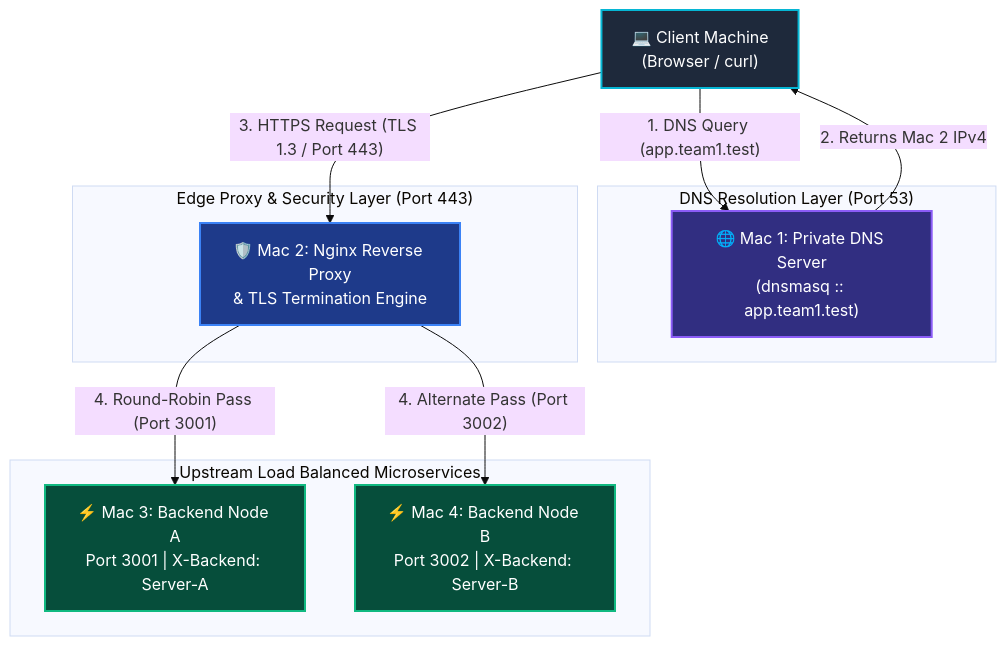
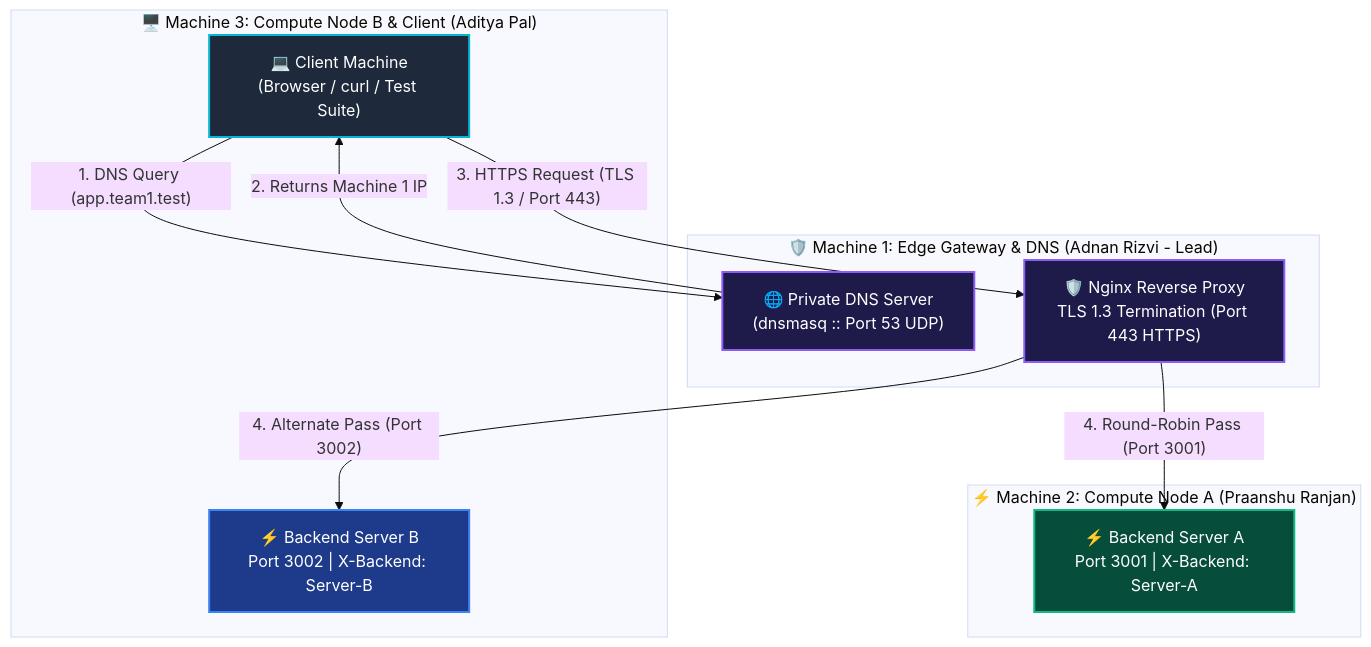
Before and after one commit to adnan275/CloudPulse: the first of 2 diagrams in README.md, drawn with Mermaid (base theme). The commit also changed other lines of this file, not shown here.

Commit message:
docs: update Mermaid flowchart and sequence diagrams for 3-machine deployment

````diff
--- a/README.md
+++ b/README.md
@@ -15,28 +15,27 @@
 ```mermaid
 flowchart TD
     classDef client fill:#1e293b,stroke:#06b6d4,stroke-width:2px,color:#fff
-    classDef dns fill:#312e81,stroke:#8b5cf6,stroke-width:2px,color:#fff
-    classDef edge fill:#1e3a8a,stroke:#3b82f6,stroke-width:2px,color:#fff
-    classDef backend fill:#064e3b,stroke:#10b981,stroke-width:2px,color:#fff
+    classDef gateway fill:#1e1b4b,stroke:#8b5cf6,stroke-width:2px,color:#fff
+    classDef backend1 fill:#064e3b,stroke:#10b981,stroke-width:2px,color:#fff
+    classDef backend2 fill:#1e3a8a,stroke:#3b82f6,stroke-width:2px,color:#fff
 
-    Client["💻 Client Machine<br/>(Browser / curl)"]:::client
-    
-    subgraph DNS_Layer ["DNS Resolution Layer (Port 53)"]
-        DNS["🌐 Mac 1: Private DNS Server<br/>(dnsmasq :: app.team1.test)"]:::dns
+    subgraph Host3 ["🖥️ Machine 3: Compute Node B & Client (Aditya Pal)"]
+        Client["💻 Client Machine<br/>(Browser / curl / Test Suite)"]:::client
+        BackendB["⚡ Backend Server B<br/>Port 3002 | X-Backend: Server-B"]:::backend2
     end
 
-    subgraph Edge_Layer ["Edge Proxy & Security Layer (Port 443)"]
-        Nginx["🛡️ Mac 2: Nginx Reverse Proxy<br/>& TLS Termination Engine"]:::edge
+    subgraph Host1 ["🛡️ Machine 1: Edge Gateway & DNS (Adnan Rizvi - Lead)"]
+        DNS["🌐 Private DNS Server<br/>(dnsmasq :: Port 53 UDP)"]:::gateway
+        Nginx["🛡️ Nginx Reverse Proxy<br/>TLS 1.3 Termination (Port 443 HTTPS)"]:::gateway
     end
 
-    subgraph Cluster_Layer ["Upstream Load Balanced Microservices"]
-        BackendA["⚡ Mac 3: Backend Node A<br/>Port 3001 | X-Backend: Server-A"]:::backend
-        BackendB["⚡ Mac 4: Backend Node B<br/>Port 3002 | X-Backend: Server-B"]:::backend
+    subgraph Host2 ["⚡ Machine 2: Compute Node A (Praanshu Ranjan)"]
+        BackendA["⚡ Backend Server A<br/>Port 3001 | X-Backend: Server-A"]:::backend1
     end
 
     Client -- "1. DNS Query (app.team1.test)" --> DNS
-    DNS -- "2. Returns Mac 2 IPv4" --> Client
+    DNS -- "2. Returns Machine 1 IP" --> Client
     Client -- "3. HTTPS Request (TLS 1.3 / Port 443)" --> Nginx
     Nginx -- "4. Round-Robin Pass (Port 3001)" --> BackendA
     Nginx -- "4. Alternate Pass (Port 3002)" --> BackendB
 ```
````
